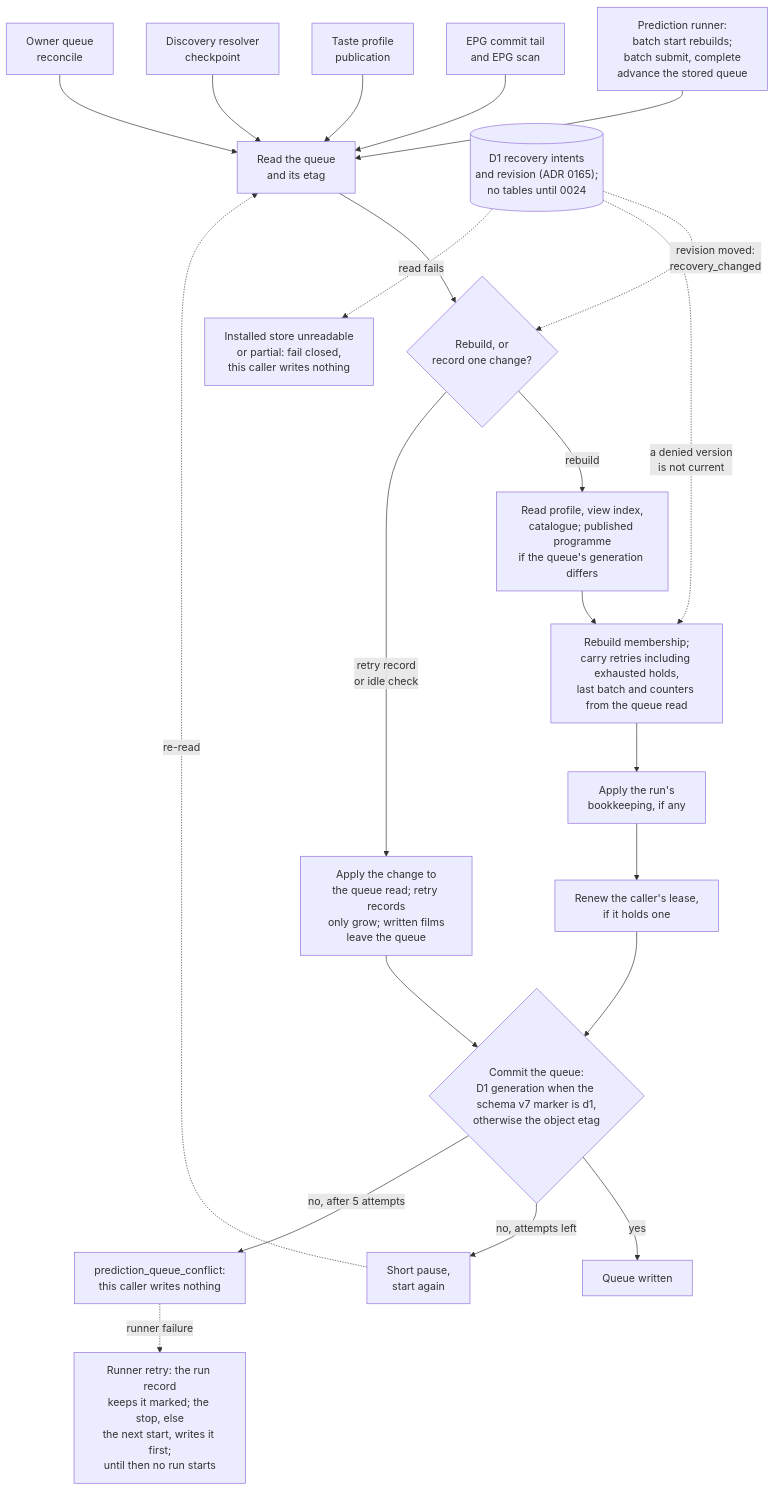
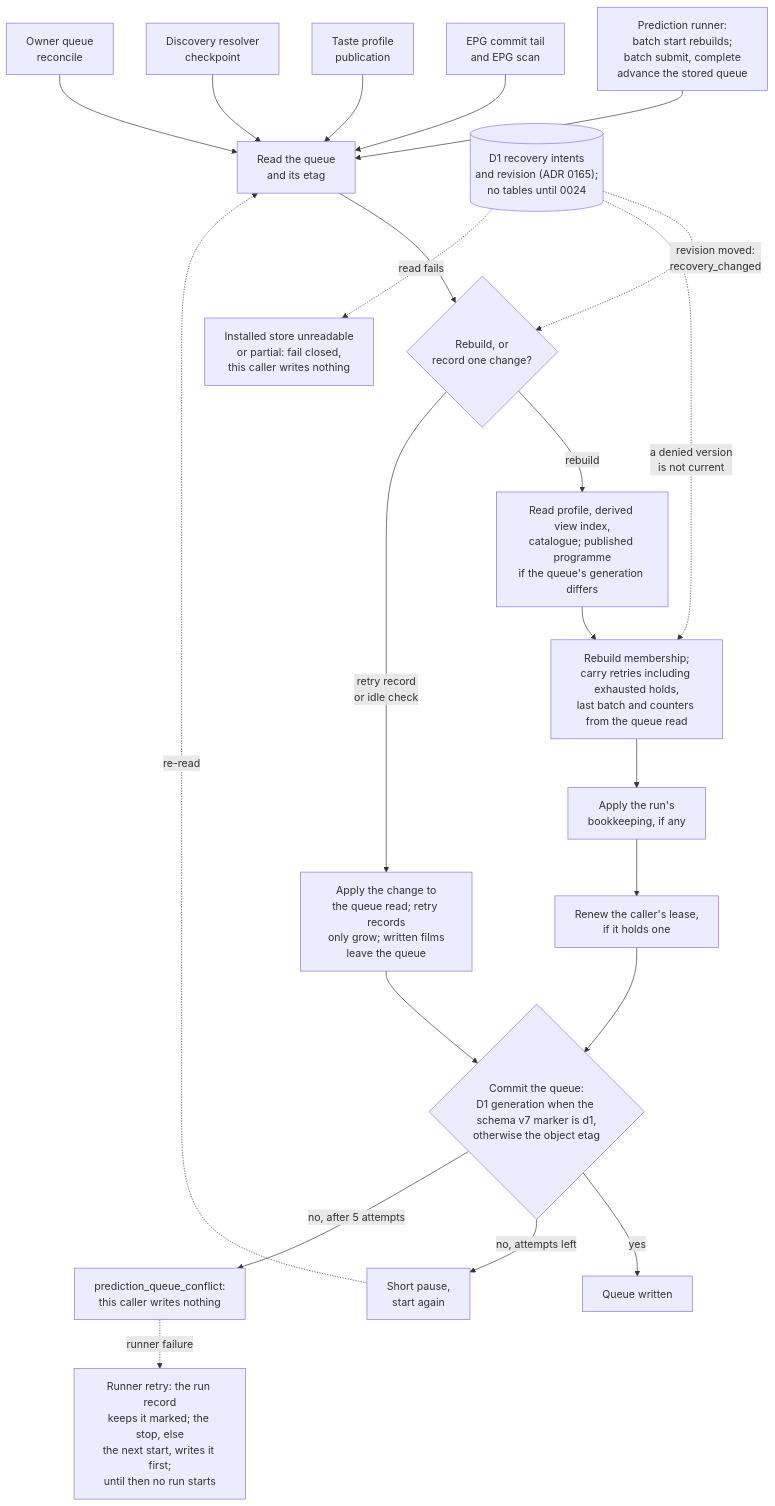
Before and after one commit to vladimino/iptv-watchlist: the third of 3 diagrams in docs/architecture/prediction-pipeline.md, drawn with Mermaid. The commit also changed other lines of this file and 154 other files, not shown here.

First line of the commit message:
AIR-558: retire VIEW_INDEX_SOURCE, the raw view-index read path and its writers (#865)

````diff
--- a/docs/architecture/prediction-pipeline.md
+++ b/docs/architecture/prediction-pipeline.md
@@ -146,43 +146,43 @@
 ```mermaid
 flowchart TD
     runner["Prediction runner:<br/>batch start rebuilds;<br/>batch submit, complete<br/>advance the stored queue"]
     epg["EPG commit tail<br/>and EPG scan"]
     profile["Taste profile<br/>publication"]
     resolver["Discovery resolver<br/>checkpoint"]
     reconcile["Owner queue<br/>reconcile"]
     read["Read the queue<br/>and its etag"]
     kind{"Rebuild, or<br/>record one change?"}
-    inputs["Read profile, view index,<br/>catalogue; published programme<br/>if the queue's generation differs"]
+    inputs["Read profile, derived view index,<br/>catalogue; published programme<br/>if the queue's generation differs"]
     build["Rebuild membership;<br/>carry retries including exhausted holds,<br/>last batch and counters from the queue read"]
     amend["Apply the run's<br/>bookkeeping, if any"]
     change["Apply the change to<br/>the queue read; retry records<br/>only grow; written films<br/>leave the queue"]
     fence["Renew the caller's lease,<br/>if it holds one"]
     put{"Commit the queue:<br/>D1 generation when the schema v7 marker is d1,<br/>otherwise the object etag"}
     done["Queue written"]
     again["Short pause,<br/>start again"]
     conflict["prediction_queue_conflict:<br/>this caller writes nothing"]
     marked["Runner retry: the run record<br/>keeps it marked; the stop, else<br/>the next start, writes it first;<br/>until then no run starts"]
     intents[("D1 recovery intents<br/>and revision (ADR 0165);<br/>no tables until 0024")]
     closed["Installed store unreadable<br/>or partial: fail closed,<br/>this caller writes nothing"]
     runner --> read
     epg --> read
     profile --> read
     resolver --> read
     reconcile --> read
     read --> kind
     kind -->|rebuild| inputs
     inputs --> build
     build --> amend
     amend --> fence
     fence --> put
     kind -->|retry record<br/>or idle check| change
     change --> put
     put -->|yes| done
     put -->|no, attempts left| again
     again -.->|re-read| read
     put -->|no, after 5 attempts| conflict
     conflict -.->|runner failure| marked
     intents -.->|revision moved:<br/>recovery_changed| kind
     intents -.->|a denied version<br/>is not current| build
     intents -.->|read fails| closed
 ```
````
